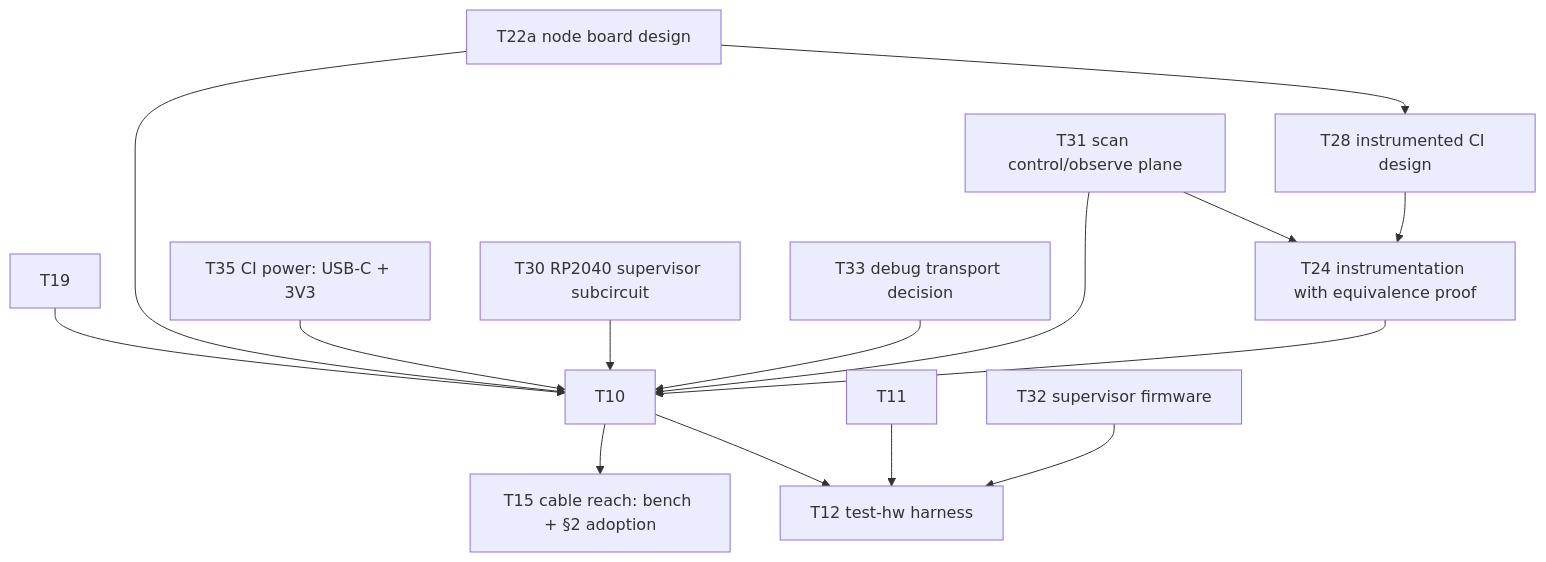
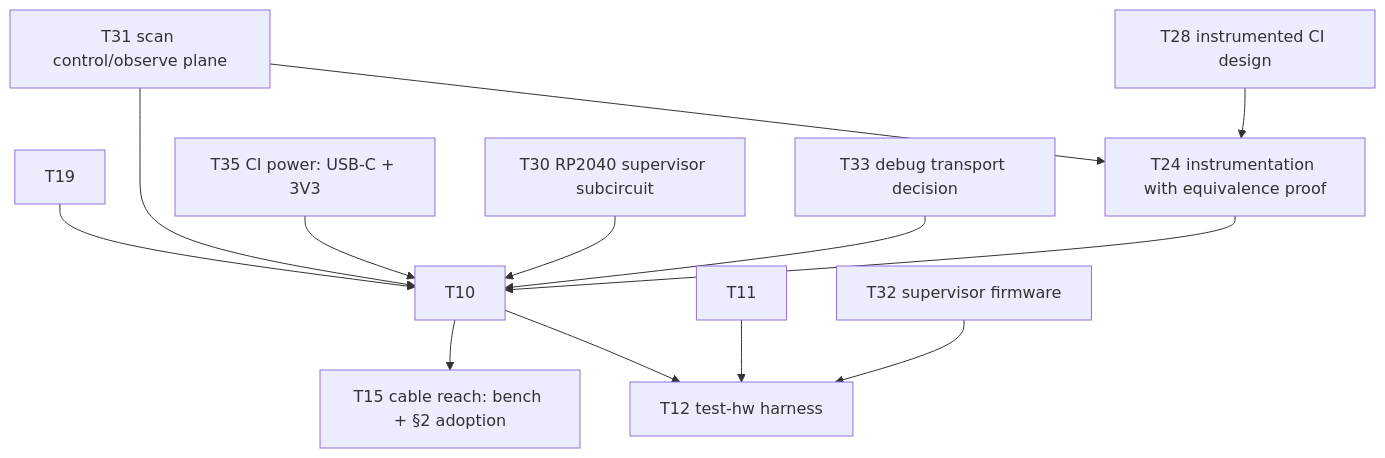
One commit to kristofferkoch/oparroy changed the diagram in KANBAN.md. Above: the diagram before and after it, drawn with Mermaid. The commit also changed other lines of this file, not shown here.

First line of the commit message:
kanban: T22a ships — node board design settles

````diff
--- a/KANBAN.md
+++ b/KANBAN.md
@@ -34,17 +34,15 @@
 ```mermaid
 graph TD
     T19 --> T10
-    T22a --> T28[T28 instrumented CI design]
-    T28 --> T24[T24 instrumentation with equivalence proof]
+    T28[T28 instrumented CI design] --> T24[T24 instrumentation with equivalence proof]
     T24 --> T10
-    T22a[T22a node board design] --> T10
     T31[T31 scan control/observe plane] --> T24
     T35[T35 CI power: USB-C + 3V3] --> T10
     T30[T30 RP2040 supervisor subcircuit] --> T10
     T31 --> T10
     T33[T33 debug transport decision] --> T10
     T10 --> T12[T12 test-hw harness]
     T10 --> T15[T15 cable reach: bench + §2 adoption]
     T11 --> T12
     T32[T32 supervisor firmware] --> T12
 ```
````
